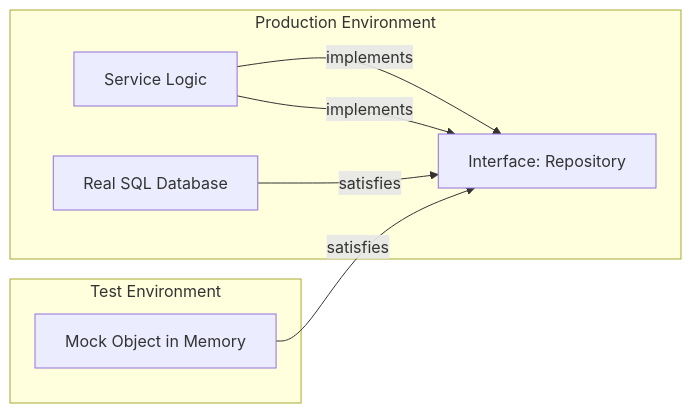
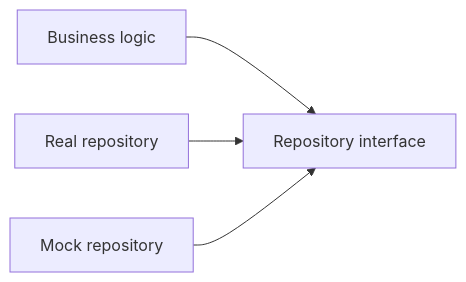
The diagram in RAK-03-evolution/SR-02-testing-quality/BK-02-mocking-patterns/CH-01-interface-mock/README.md (syahputrawork98-sketch/Golang-Knowledge-Base), drawn with Mermaid before and after one commit. The commit also changed other lines of this file and 61 other files, not shown here.

````diff
--- a/RAK-03-evolution/SR-02-testing-quality/BK-02-mocking-patterns/CH-01-interface-mock/README.md
+++ b/RAK-03-evolution/SR-02-testing-quality/BK-02-mocking-patterns/CH-01-interface-mock/README.md
@@ -38,12 +35,6 @@
 ```mermaid
 graph LR
-    subgraph "Production Environment"
-    App[Service Logic] -->|implements| I[Interface: Repository]
-    RealDB[Real SQL Database] -->|satisfies| I
-    end
-
-    subgraph "Test Environment"
-    App -->|implements| I
-    MockDB[Mock Object in Memory] -->|satisfies| I
-    end
+    Service[Business logic] --> Contract[Repository interface]
+    Real[Real repository] --> Contract
+    Mock[Mock repository] --> Contract
 ```
````
